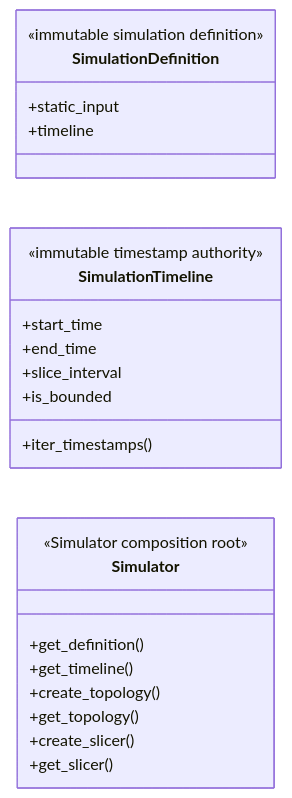
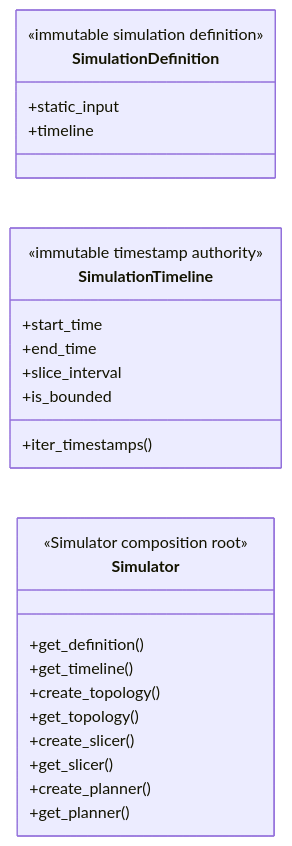
Before and after one commit to seed-labs/skyseed: the second of 2 diagrams in skyseed_v2/src/skyseed_v2/simulator/README.md, drawn with Mermaid. The commit also changed other lines of this file and 64 other files, not shown here.

````diff
--- a/skyseed_v2/src/skyseed_v2/simulator/README.md
+++ b/skyseed_v2/src/skyseed_v2/simulator/README.md
@@ -32,26 +34,28 @@
 ```mermaid
 classDiagram
     direction LR
     class SimulationDefinition {
         <<immutable simulation definition>>
         +static_input
         +timeline
     }
     class SimulationTimeline {
         <<immutable timestamp authority>>
         +start_time
         +end_time
         +slice_interval
         +is_bounded
         +iter_timestamps()
     }
     class Simulator {
         <<Simulator composition root>>
         +get_definition()
         +get_timeline()
         +create_topology()
         +get_topology()
         +create_slicer()
         +get_slicer()
+        +create_planner()
+        +get_planner()
     }
 ```
````
